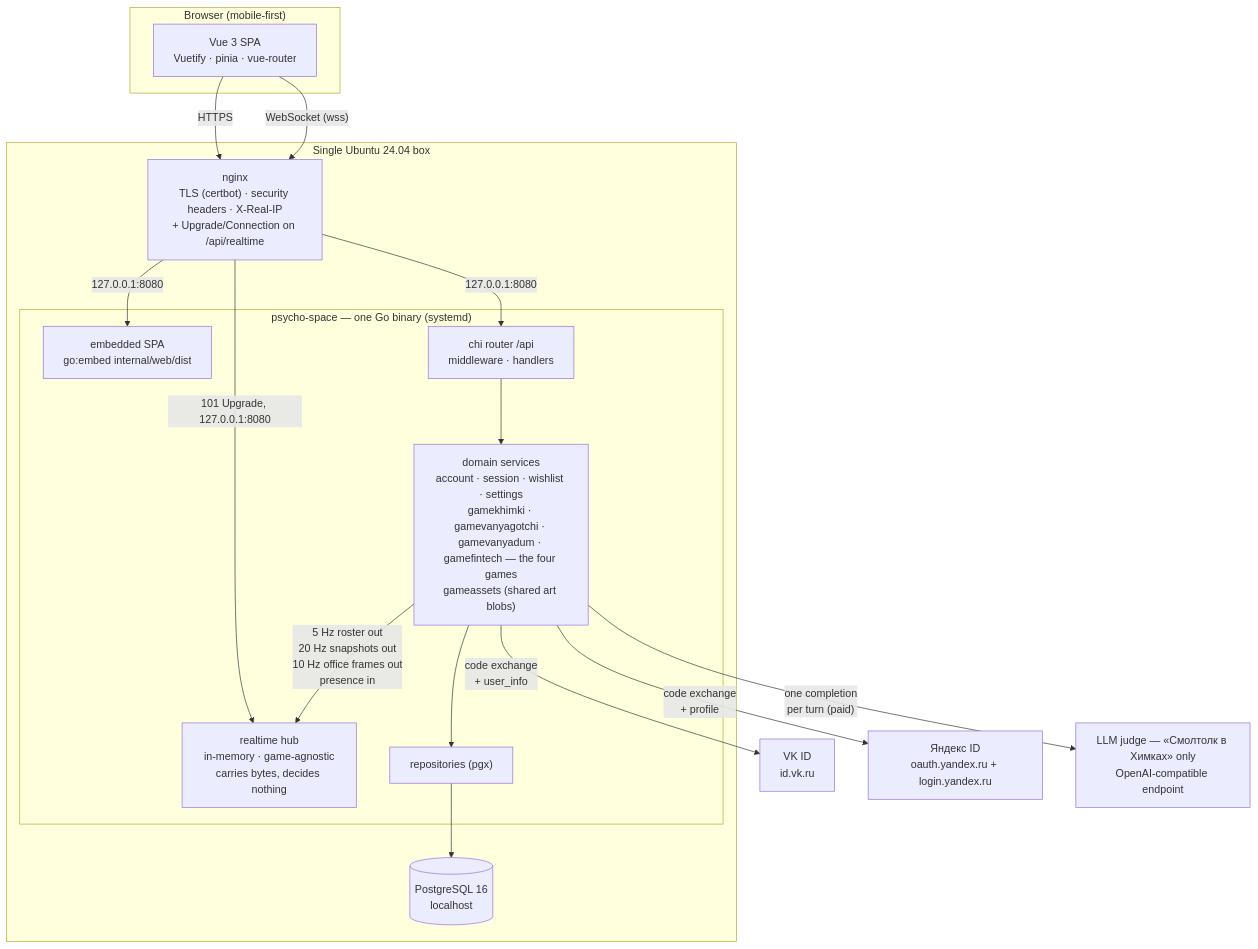
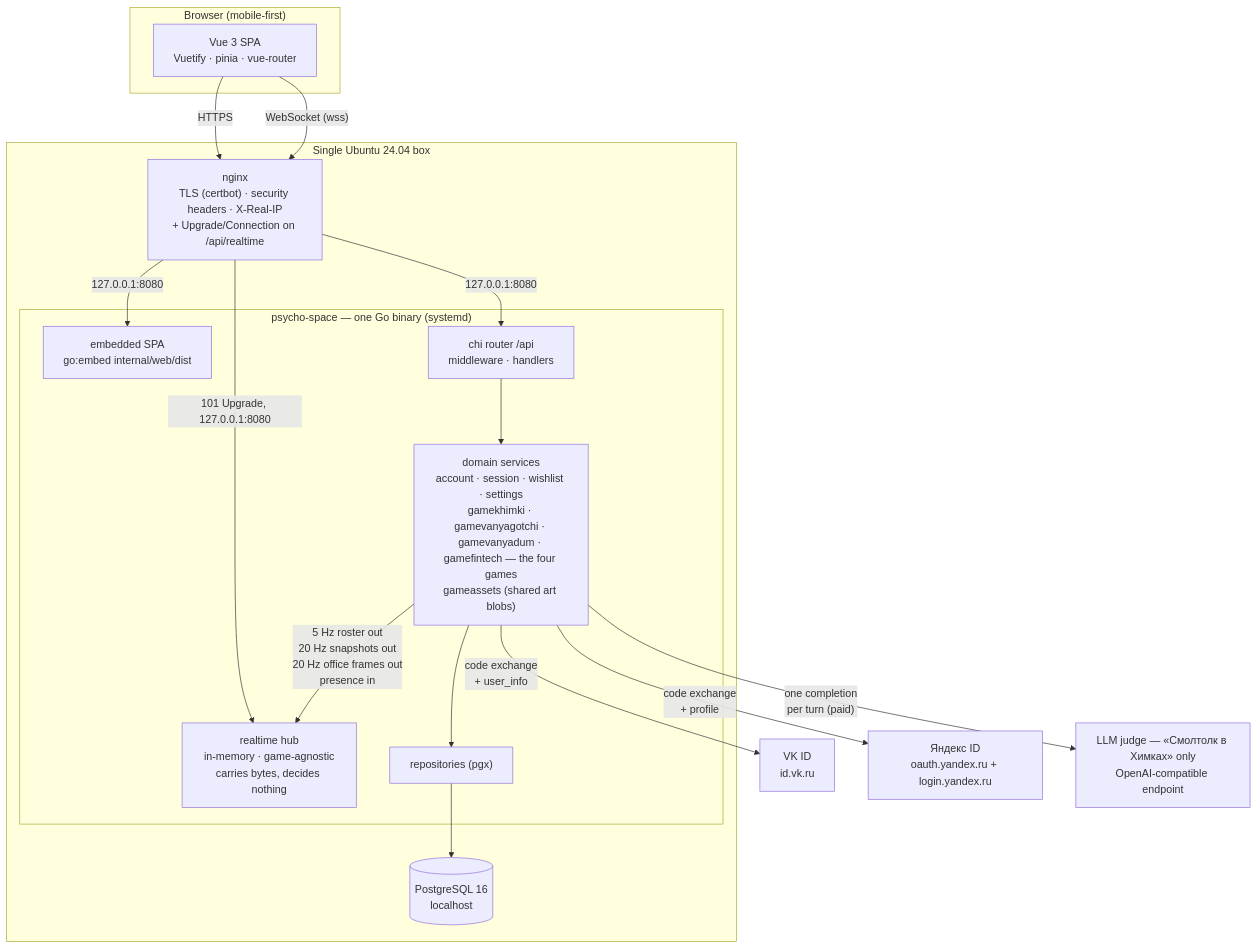
Before and after one commit to SergeyZSpb/psycho-space: the first of 13 diagrams in docs/ARCHITECTURE.md, drawn with Mermaid. The commit also changed other lines of this file and 5 other files, not shown here.

````diff
--- a/docs/ARCHITECTURE.md
+++ b/docs/ARCHITECTURE.md
@@ -23,33 +23,33 @@
 ```mermaid
 flowchart TB
     subgraph client["Browser (mobile-first)"]
         SPA["Vue 3 SPA<br/>Vuetify · pinia · vue-router"]
     end
 
     subgraph box["Single Ubuntu 24.04 box"]
         NGINX["nginx<br/>TLS (certbot) · security headers · X-Real-IP<br/>+ Upgrade/Connection on /api/realtime"]
         subgraph bin["psycho-space — one Go binary (systemd)"]
             EMBED["embedded SPA<br/>go:embed internal/web/dist"]
             API["chi router /api<br/>middleware · handlers"]
             HUB["realtime hub<br/>in-memory · game-agnostic<br/>carries bytes, decides nothing"]
             DOM["domain services<br/>account · session · wishlist · settings<br/>gamekhimki · gamevanyagotchi · gamevanyadum · gamefintech — the four games<br/>gameassets (shared art blobs)"]
             REPO["repositories (pgx)"]
         end
         PG[("PostgreSQL 16<br/>localhost")]
     end
 
     VK["VK ID<br/>id.vk.ru"]
     YA["Яндекс ID<br/>oauth.yandex.ru + login.yandex.ru"]
     LLM["LLM judge — «Смолтолк в Химках» only<br/>OpenAI-compatible endpoint"]
 
     SPA -- HTTPS --> NGINX
     SPA -- "WebSocket (wss)" --> NGINX
     NGINX -- "127.0.0.1:8080" --> EMBED
     NGINX -- "127.0.0.1:8080" --> API
     NGINX -- "101 Upgrade, 127.0.0.1:8080" --> HUB
     API --> DOM --> REPO --> PG
-    DOM -- "5 Hz roster out<br/>20 Hz snapshots out<br/>10 Hz office frames out<br/>presence in" --> HUB
+    DOM -- "5 Hz roster out<br/>20 Hz snapshots out<br/>20 Hz office frames out<br/>presence in" --> HUB
     DOM -- "code exchange<br/>+ user_info" --> VK
     DOM -- "code exchange<br/>+ profile" --> YA
     DOM -- "one completion<br/>per turn (paid)" --> LLM
 ```
````
